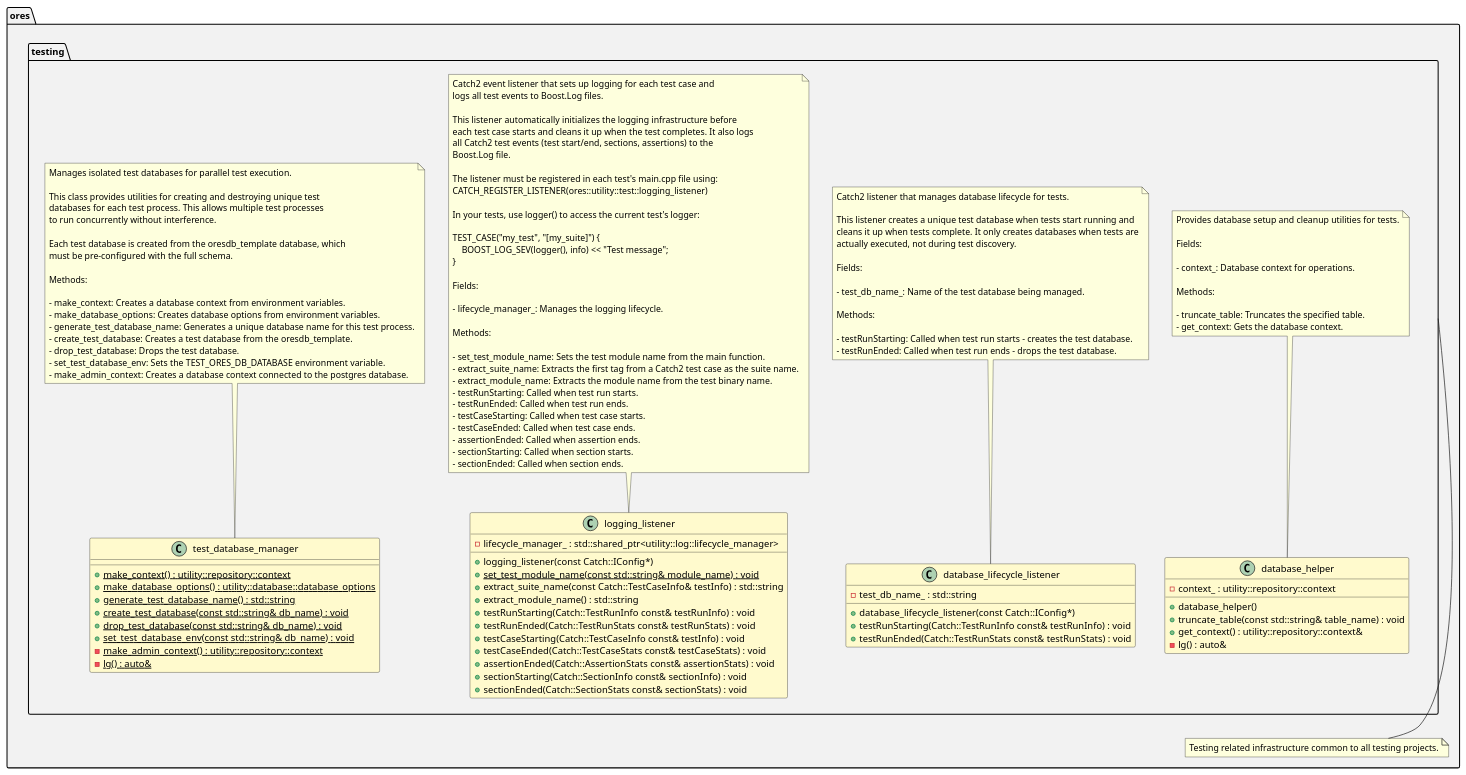
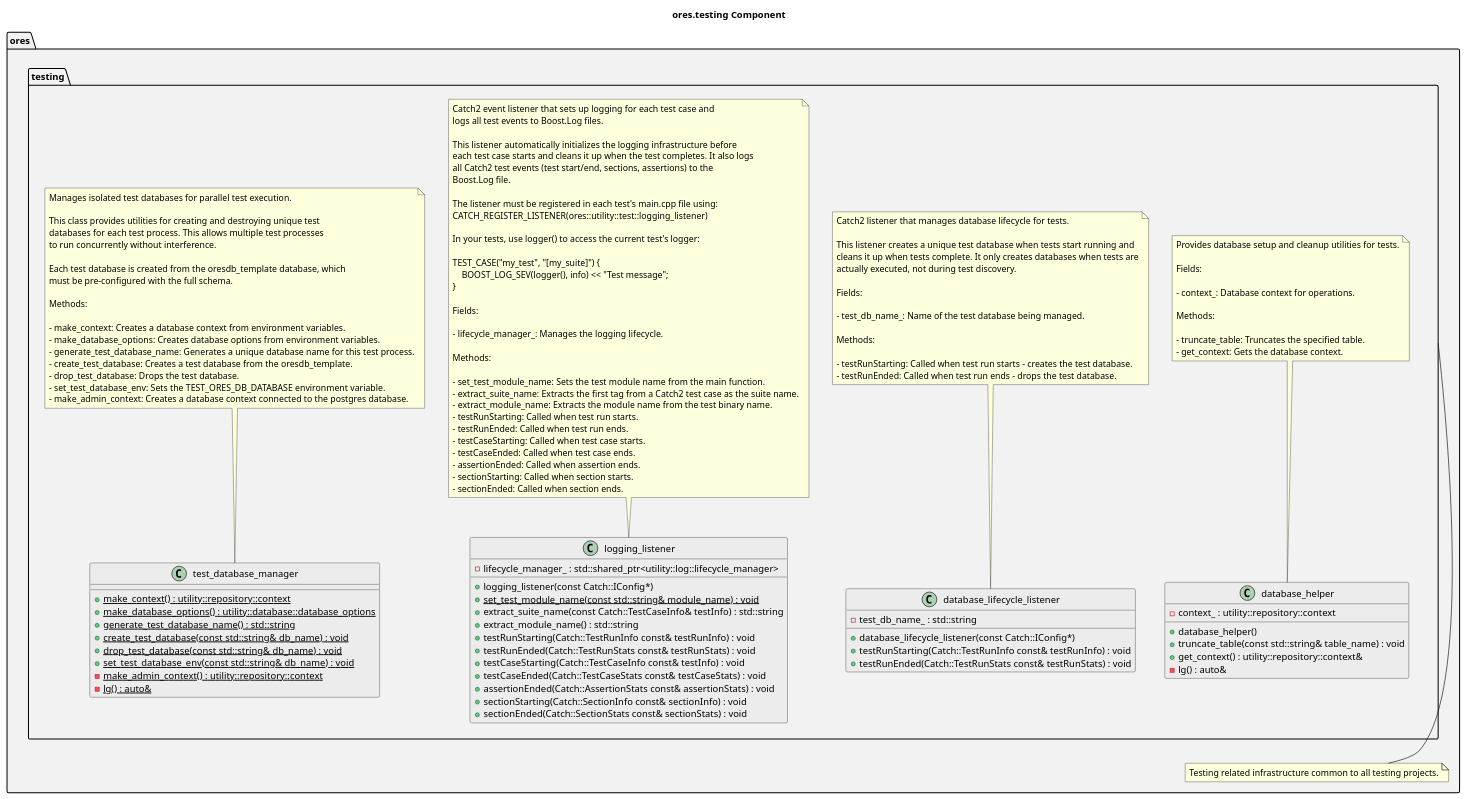
One commit to OreStudio/OreStudio changed the diagram in projects/ores.testing/modeling/ores.testing.puml. Above: the diagram before and after it, drawn with PlantUML. The commit also changed 21 other files, not shown here.

Commit message:
[modeling] Improve consistency in diagrams

```diff
--- a/projects/ores.testing/modeling/ores.testing.puml
+++ b/projects/ores.testing/modeling/ores.testing.puml
@@ -17,141 +17,144 @@
 @startuml
+
+title ores.testing Component
+
 set namespaceSeparator ::
 
 namespace ores #F2F2F2 {
     note "Testing related infrastructure common to all testing projects." as ores_testing_note
     testing --- ores_testing_note
     namespace testing #F2F2F2 {
-        class database_helper #FFFACD {
+        class database_helper #ECECEC {
             +database_helper()
             +truncate_table(const std::string& table_name) : void
             +get_context() : utility::repository::context&
             -{method} lg() : auto&
             -{field} context_ : utility::repository::context
         }
 
         note top of database_helper
         Provides database setup and cleanup utilities for tests.
 
         Fields:
 
         - context_: Database context for operations.
 
         Methods:
 
         - truncate_table: Truncates the specified table.
         - get_context: Gets the database context.
         end note
 
-        class database_lifecycle_listener #FFFACD {
+        class database_lifecycle_listener #ECECEC {
             +database_lifecycle_listener(const Catch::IConfig*)
             +testRunStarting(Catch::TestRunInfo const& testRunInfo) : void
             +testRunEnded(Catch::TestRunStats const& testRunStats) : void
             -{field} test_db_name_ : std::string
         }
 
         note top of database_lifecycle_listener
         Catch2 listener that manages database lifecycle for tests.
 
         This listener creates a unique test database when tests start running and
         cleans it up when tests complete. It only creates databases when tests are
         actually executed, not during test discovery.
 
         Fields:
 
         - test_db_name_: Name of the test database being managed.
 
         Methods:
 
         - testRunStarting: Called when test run starts - creates the test database.
         - testRunEnded: Called when test run ends - drops the test database.
         end note
 
-        class logging_listener #FFFACD {
+        class logging_listener #ECECEC {
             +logging_listener(const Catch::IConfig*)
             +{static} set_test_module_name(const std::string& module_name) : void
             +extract_suite_name(const Catch::TestCaseInfo& testInfo) : std::string
             +extract_module_name() : std::string
             +testRunStarting(Catch::TestRunInfo const& testRunInfo) : void
             +testRunEnded(Catch::TestRunStats const& testRunStats) : void
             +testCaseStarting(Catch::TestCaseInfo const& testInfo) : void
             +testCaseEnded(Catch::TestCaseStats const& testCaseStats) : void
             +assertionEnded(Catch::AssertionStats const& assertionStats) : void
             +sectionStarting(Catch::SectionInfo const& sectionInfo) : void
             +sectionEnded(Catch::SectionStats const& sectionStats) : void
             -{field} lifecycle_manager_ : std::shared_ptr<utility::log::lifecycle_manager>
         }
 
         note top of logging_listener
         Catch2 event listener that sets up logging for each test case and
         logs all test events to Boost.Log files.
 
         This listener automatically initializes the logging infrastructure before
         each test case starts and cleans it up when the test completes. It also logs
         all Catch2 test events (test start/end, sections, assertions) to the
         Boost.Log file.
 
         The listener must be registered in each test's main.cpp file using:
         CATCH_REGISTER_LISTENER(ores::utility::test::logging_listener)
 
         In your tests, use logger() to access the current test's logger:
 
         TEST_CASE("my_test", "[my_suite]") {
             BOOST_LOG_SEV(logger(), info) << "Test message";
         }
 
         Fields:
 
         - lifecycle_manager_: Manages the logging lifecycle.
 
         Methods:
 
         - set_test_module_name: Sets the test module name from the main function.
         - extract_suite_name: Extracts the first tag from a Catch2 test case as the suite name.
         - extract_module_name: Extracts the module name from the test binary name.
         - testRunStarting: Called when test run starts.
         - testRunEnded: Called when test run ends.
         - testCaseStarting: Called when test case starts.
         - testCaseEnded: Called when test case ends.
         - assertionEnded: Called when assertion ends.
         - sectionStarting: Called when section starts.
         - sectionEnded: Called when section ends.
         end note
 
-        class test_database_manager #FFFACD {
+        class test_database_manager #ECECEC {
             +{static} make_context() : utility::repository::context
             +{static} make_database_options() : utility::database::database_options
             +{static} generate_test_database_name() : std::string
             +{static} create_test_database(const std::string& db_name) : void
             +{static} drop_test_database(const std::string& db_name) : void
             +{static} set_test_database_env(const std::string& db_name) : void
             -{static} make_admin_context() : utility::repository::context
             -{static} lg() : auto&
         }
 
         note top of test_database_manager
         Manages isolated test databases for parallel test execution.
 
         This class provides utilities for creating and destroying unique test
         databases for each test process. This allows multiple test processes
         to run concurrently without interference.
 
         Each test database is created from the oresdb_template database, which
         must be pre-configured with the full schema.
 
         Methods:
 
         - make_context: Creates a database context from environment variables.
         - make_database_options: Creates database options from environment variables.
         - generate_test_database_name: Generates a unique database name for this test process.
         - create_test_database: Creates a test database from the oresdb_template.
         - drop_test_database: Drops the test database.
         - set_test_database_env: Sets the TEST_ORES_DB_DATABASE environment variable.
         - make_admin_context: Creates a database context connected to the postgres database.
         end note
     }
 }
 
 ' Local Variables:
 ' compile-command: "java -Djava.awt.headless=true -DPLANTUML_SECURITY_PROFILE=UNSECURE -DPLANTUML_LIMIT_SIZE=65535 -jar /usr/share/plantuml/plantuml.jar ores.testing.puml"
 ' End:
 @enduml
```
